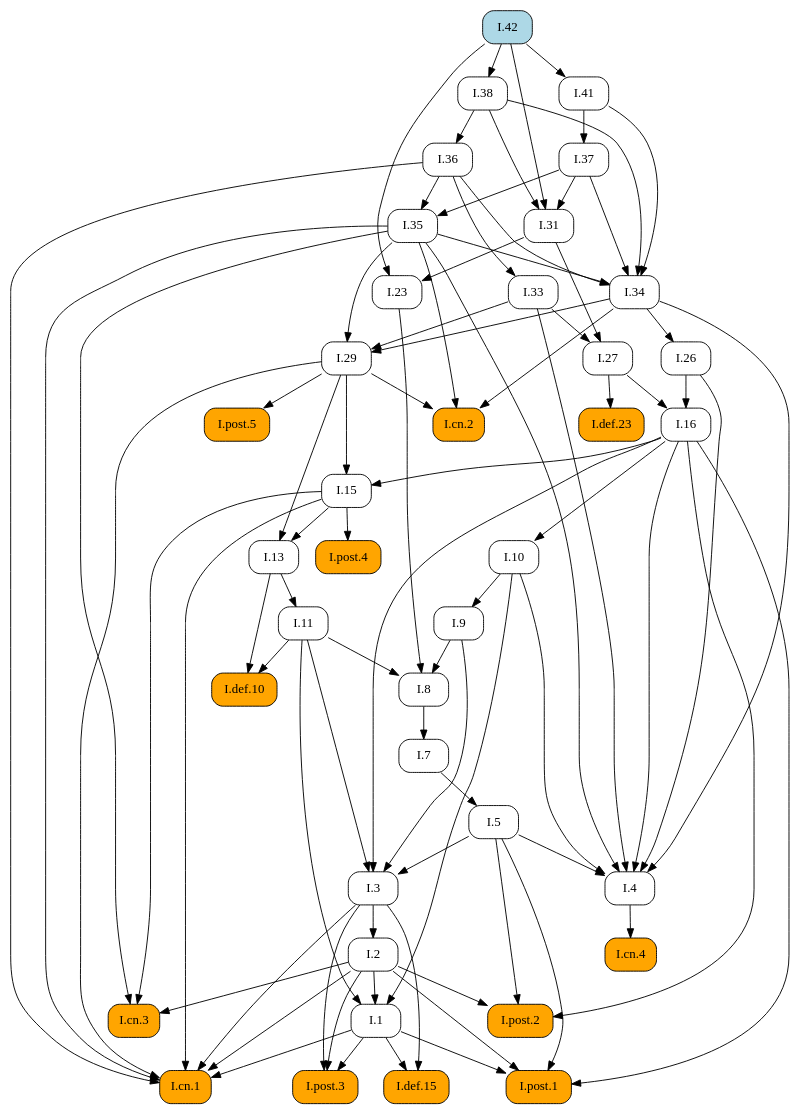
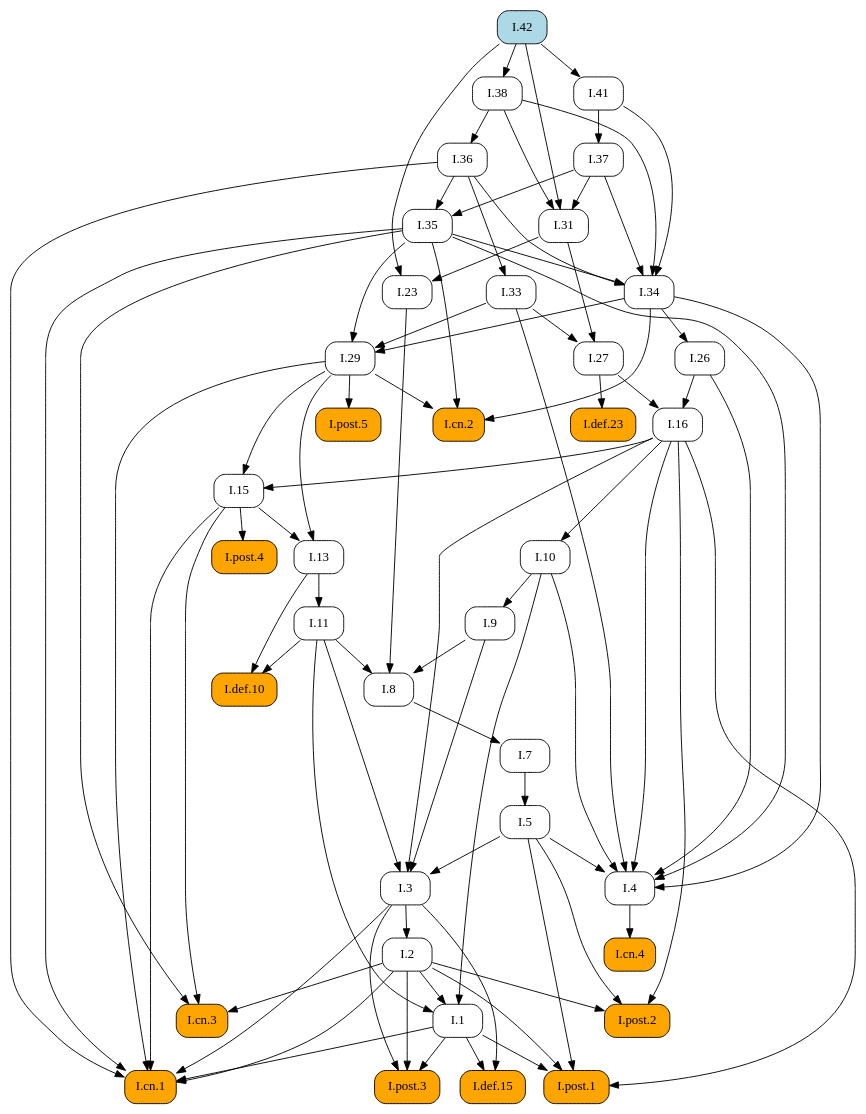
The diagram in docsrc/elements2/I/42/index.rst (geometor/elements), drawn with Graphviz before and after one commit. The commit also changed other lines of this file and 171 other files, not shown here.

```diff
--- a/docsrc/elements2/I/42/index.rst
+++ b/docsrc/elements2/I/42/index.rst
@@ -42,74 +42,107 @@
    digraph {
      rankdir="TB";
      node [shape=box, style=rounded];
+     "I.8" [URL="/elements2/I/8/", target="_top"];
+     "I.36" [URL="/elements2/I/36/", target="_top"];
+     "I.post.1" [style="rounded,filled", fillcolor=orange, URL="/elements2/I/post.1/", target="_top"];
+     "I.33" [URL="/elements2/I/33/", target="_top"];
+     "I.5" [URL="/elements2/I/5/", target="_top"];
+     "I.38" [URL="/elements2/I/38/", target="_top"];
+     "I.post.5" [style="rounded,filled", fillcolor=orange, URL="/elements2/I/post.5/", target="_top"];
+     "I.def.10" [style="rounded,filled", fillcolor=orange, URL="/elements2/I/def.10/", target="_top"];
+     "I.cn.2" [style="rounded,filled", fillcolor=orange, URL="/elements2/I/cn.2/", target="_top"];
+     "I.def.15" [style="rounded,filled", fillcolor=orange, URL="/elements2/I/def.15/", target="_top"];
+     "I.31" [URL="/elements2/I/31/", target="_top"];
+     "I.11" [URL="/elements2/I/11/", target="_top"];
+     "I.3" [URL="/elements2/I/3/", target="_top"];
+     "I.def.23" [style="rounded,filled", fillcolor=orange, URL="/elements2/I/def.23/", target="_top"];
+     "I.post.2" [style="rounded,filled", fillcolor=orange, URL="/elements2/I/post.2/", target="_top"];
+     "I.26" [URL="/elements2/I/26/", target="_top"];
+     "I.cn.3" [style="rounded,filled", fillcolor=orange, URL="/elements2/I/cn.3/", target="_top"];
+     "I.cn.4" [style="rounded,filled", fillcolor=orange, URL="/elements2/I/cn.4/", target="_top"];
+     "I.1" [URL="/elements2/I/1/", target="_top"];
+     "I.7" [URL="/elements2/I/7/", target="_top"];
+     "I.42" [style="rounded,filled", fillcolor=lightblue, URL="/elements2/I/42/", target="_top"];
+     "I.9" [URL="/elements2/I/9/", target="_top"];
+     "I.cn.1" [style="rounded,filled", fillcolor=orange, URL="/elements2/I/cn.1/", target="_top"];
+     "I.29" [URL="/elements2/I/29/", target="_top"];
+     "I.16" [URL="/elements2/I/16/", target="_top"];
+     "I.post.4" [style="rounded,filled", fillcolor=orange, URL="/elements2/I/post.4/", target="_top"];
+     "I.13" [URL="/elements2/I/13/", target="_top"];
+     "I.41" [URL="/elements2/I/41/", target="_top"];
+     "I.35" [URL="/elements2/I/35/", target="_top"];
+     "I.2" [URL="/elements2/I/2/", target="_top"];
+     "I.27" [URL="/elements2/I/27/", target="_top"];
      "I.37" [URL="/elements2/I/37/", target="_top"];
-     "I.def.10" [style="rounded,filled", fillcolor=orange, URL="/elements2/I/def.10/", target="_top"];
+     "I.4" [URL="/elements2/I/4/", target="_top"];
+     "I.10" [URL="/elements2/I/10/", target="_top"];
+     "I.15" [URL="/elements2/I/15/", target="_top"];
      "I.34" [URL="/elements2/I/34/", target="_top"];
-     "I.cn.4" [style="rounded,filled", fillcolor=orange, URL="/elements2/I/cn.4/", target="_top"];
-     "I.def.15" [style="rounded,filled", fillcolor=orange, URL="/elements2/I/def.15/", target="_top"];
+     "I.23" [URL="/elements2/I/23/", target="_top"];
      "I.post.3" [style="rounded,filled", fillcolor=orange, URL="/elements2/I/post.3/", target="_top"];
-     "I.41" [URL="/elements2/I/41/", target="_top"];
-     "I.36" [URL="/elements2/I/36/", target="_top"];
-     "I.27" [URL="/elements2/I/27/", target="_top"];
-     "I.post.2" [style="rounded,filled", fillcolor=orange, URL="/elements2/I/post.2/", target="_top"];
-     "I.13" [URL="/elements2/I/13/", target="_top"];
-     "I.10" [URL="/elements2/I/10/", target="_top"];
-     "I.post.1" [style="rounded,filled", fillcolor=orange, URL="/elements2/I/post.1/", target="_top"];
-     "I.7" [URL="/elements2/I/7/", target="_top"];
-     "I.11" [URL="/elements2/I/11/", target="_top"];
-     "I.4" [URL="/elements2/I/4/", target="_top"];
-     "I.16" [URL="/elements2/I/16/", target="_top"];
-     "I.def.23" [style="rounded,filled", fillcolor=orange, URL="/elements2/I/def.23/", target="_top"];
-     "I.9" [URL="/elements2/I/9/", target="_top"];
-     "I.38" [URL="/elements2/I/38/", target="_top"];
-     "I.8" [URL="/elements2/I/8/", target="_top"];
-     "I.23" [URL="/elements2/I/23/", target="_top"];
-     "I.26" [URL="/elements2/I/26/", target="_top"];
-     "I.cn.2" [style="rounded,filled", fillcolor=orange, URL="/elements2/I/cn.2/", target="_top"];
-     "I.15" [URL="/elements2/I/15/", target="_top"];
-     "I.post.5" [style="rounded,filled", fillcolor=orange, URL="/elements2/I/post.5/", target="_top"];
-     "I.2" [URL="/elements2/I/2/", target="_top"];
-     "I.42" [style="rounded,filled", fillcolor=lightblue, URL="/elements2/I/42/", target="_top"];
-     "I.1" [URL="/elements2/I/1/", target="_top"];
-     "I.35" [URL="/elements2/I/35/", target="_top"];
-     "I.33" [URL="/elements2/I/33/", target="_top"];
-     "I.31" [URL="/elements2/I/31/", target="_top"];
-     "I.post.4" [style="rounded,filled", fillcolor=orange, URL="/elements2/I/post.4/", target="_top"];
-     "I.cn.1" [style="rounded,filled", fillcolor=orange, URL="/elements2/I/cn.1/", target="_top"];
-     "I.3" [URL="/elements2/I/3/", target="_top"];
-     "I.cn.3" [style="rounded,filled", fillcolor=orange, URL="/elements2/I/cn.3/", target="_top"];
-     "I.29" [URL="/elements2/I/29/", target="_top"];
-     "I.5" [URL="/elements2/I/5/", target="_top"];
-     "I.41" -> "I.37";
-     "I.11" -> "I.def.10";
-     "I.13" -> "I.def.10";
-     "I.35" -> "I.34";
-     "I.36" -> "I.34";
-     "I.37" -> "I.34";
-     "I.38" -> "I.34";
-     "I.41" -> "I.34";
-     "I.4" -> "I.cn.4";
-     "I.1" -> "I.def.15";
-     "I.3" -> "I.def.15";
-     "I.1" -> "I.post.3";
-     "I.2" -> "I.post.3";
-     "I.3" -> "I.post.3";
-     "I.42" -> "I.41";
+     "I.9" -> "I.8";
+     "I.11" -> "I.8";
+     "I.23" -> "I.8";
      "I.38" -> "I.36";
-     "I.31" -> "I.27";
-     "I.33" -> "I.27";
-     "I.2" -> "I.post.2";
-     "I.5" -> "I.post.2";
-     "I.16" -> "I.post.2";
-     "I.15" -> "I.13";
-     "I.29" -> "I.13";
-     "I.16" -> "I.10";
      "I.1" -> "I.post.1";
      "I.2" -> "I.post.1";
      "I.5" -> "I.post.1";
      "I.16" -> "I.post.1";
+     "I.36" -> "I.33";
+     "I.7" -> "I.5";
+     "I.42" -> "I.38";
+     "I.29" -> "I.post.5";
+     "I.11" -> "I.def.10";
+     "I.13" -> "I.def.10";
+     "I.29" -> "I.cn.2";
+     "I.34" -> "I.cn.2";
+     "I.35" -> "I.cn.2";
+     "I.1" -> "I.def.15";
+     "I.3" -> "I.def.15";
+     "I.37" -> "I.31";
+     "I.38" -> "I.31";
+     "I.42" -> "I.31";
+     "I.13" -> "I.11";
+     "I.5" -> "I.3";
+     "I.9" -> "I.3";
+     "I.11" -> "I.3";
+     "I.16" -> "I.3";
+     "I.27" -> "I.def.23";
+     "I.2" -> "I.post.2";
+     "I.5" -> "I.post.2";
+     "I.16" -> "I.post.2";
+     "I.34" -> "I.26";
+     "I.2" -> "I.cn.3";
+     "I.15" -> "I.cn.3";
+     "I.35" -> "I.cn.3";
+     "I.4" -> "I.cn.4";
+     "I.2" -> "I.1";
+     "I.10" -> "I.1";
+     "I.11" -> "I.1";
      "I.8" -> "I.7";
-     "I.13" -> "I.11";
+     "I.10" -> "I.9";
+     "I.1" -> "I.cn.1";
+     "I.2" -> "I.cn.1";
+     "I.3" -> "I.cn.1";
+     "I.15" -> "I.cn.1";
+     "I.29" -> "I.cn.1";
+     "I.35" -> "I.cn.1";
+     "I.36" -> "I.cn.1";
+     "I.33" -> "I.29";
+     "I.34" -> "I.29";
+     "I.35" -> "I.29";
+     "I.26" -> "I.16";
+     "I.27" -> "I.16";
+     "I.15" -> "I.post.4";
+     "I.15" -> "I.13";
+     "I.29" -> "I.13";
+     "I.42" -> "I.41";
+     "I.36" -> "I.35";
+     "I.37" -> "I.35";
+     "I.3" -> "I.2";
+     "I.31" -> "I.27";
+     "I.33" -> "I.27";
+     "I.41" -> "I.37";
      "I.5" -> "I.4";
      "I.10" -> "I.4";
      "I.16" -> "I.4";
@@ -117,50 +150,17 @@
      "I.33" -> "I.4";
      "I.34" -> "I.4";
      "I.35" -> "I.4";
-     "I.26" -> "I.16";
-     "I.27" -> "I.16";
-     "I.27" -> "I.def.23";
-     "I.10" -> "I.9";
-     "I.42" -> "I.38";
-     "I.9" -> "I.8";
-     "I.11" -> "I.8";
-     "I.23" -> "I.8";
+     "I.16" -> "I.10";
+     "I.16" -> "I.15";
+     "I.29" -> "I.15";
+     "I.35" -> "I.34";
+     "I.36" -> "I.34";
+     "I.37" -> "I.34";
+     "I.38" -> "I.34";
+     "I.41" -> "I.34";
      "I.31" -> "I.23";
      "I.42" -> "I.23";
-     "I.34" -> "I.26";
-     "I.29" -> "I.cn.2";
-     "I.34" -> "I.cn.2";
-     "I.35" -> "I.cn.2";
-     "I.16" -> "I.15";
-     "I.29" -> "I.15";
-     "I.29" -> "I.post.5";
-     "I.3" -> "I.2";
-     "I.2" -> "I.1";
-     "I.10" -> "I.1";
-     "I.11" -> "I.1";
-     "I.36" -> "I.35";
-     "I.37" -> "I.35";
-     "I.36" -> "I.33";
-     "I.37" -> "I.31";
-     "I.38" -> "I.31";
-     "I.42" -> "I.31";
-     "I.15" -> "I.post.4";
-     "I.1" -> "I.cn.1";
-     "I.2" -> "I.cn.1";
-     "I.3" -> "I.cn.1";
-     "I.15" -> "I.cn.1";
-     "I.29" -> "I.cn.1";
-     "I.35" -> "I.cn.1";
-     "I.36" -> "I.cn.1";
-     "I.5" -> "I.3";
-     "I.9" -> "I.3";
-     "I.11" -> "I.3";
-     "I.16" -> "I.3";
-     "I.2" -> "I.cn.3";
-     "I.15" -> "I.cn.3";
-     "I.35" -> "I.cn.3";
-     "I.33" -> "I.29";
-     "I.34" -> "I.29";
-     "I.35" -> "I.29";
-     "I.7" -> "I.5";
+     "I.1" -> "I.post.3";
+     "I.2" -> "I.post.3";
+     "I.3" -> "I.post.3";
    }
```
